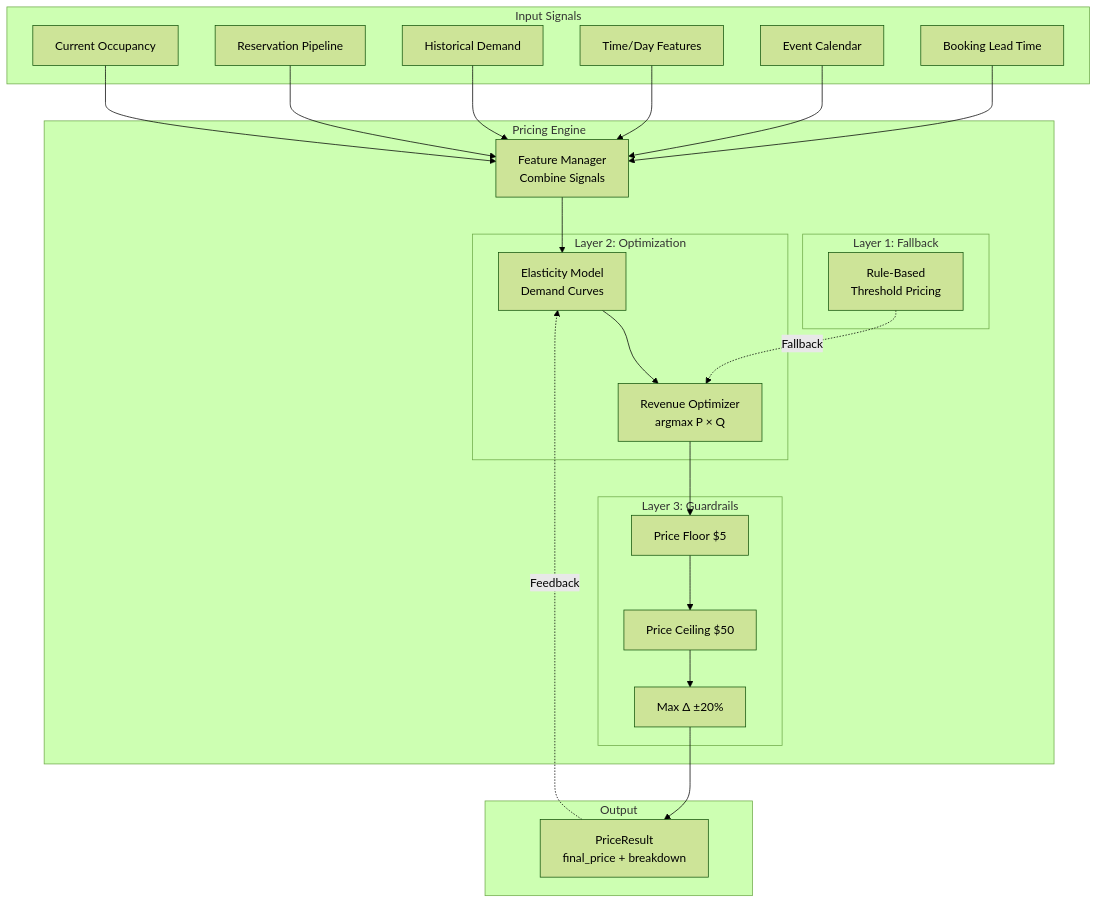
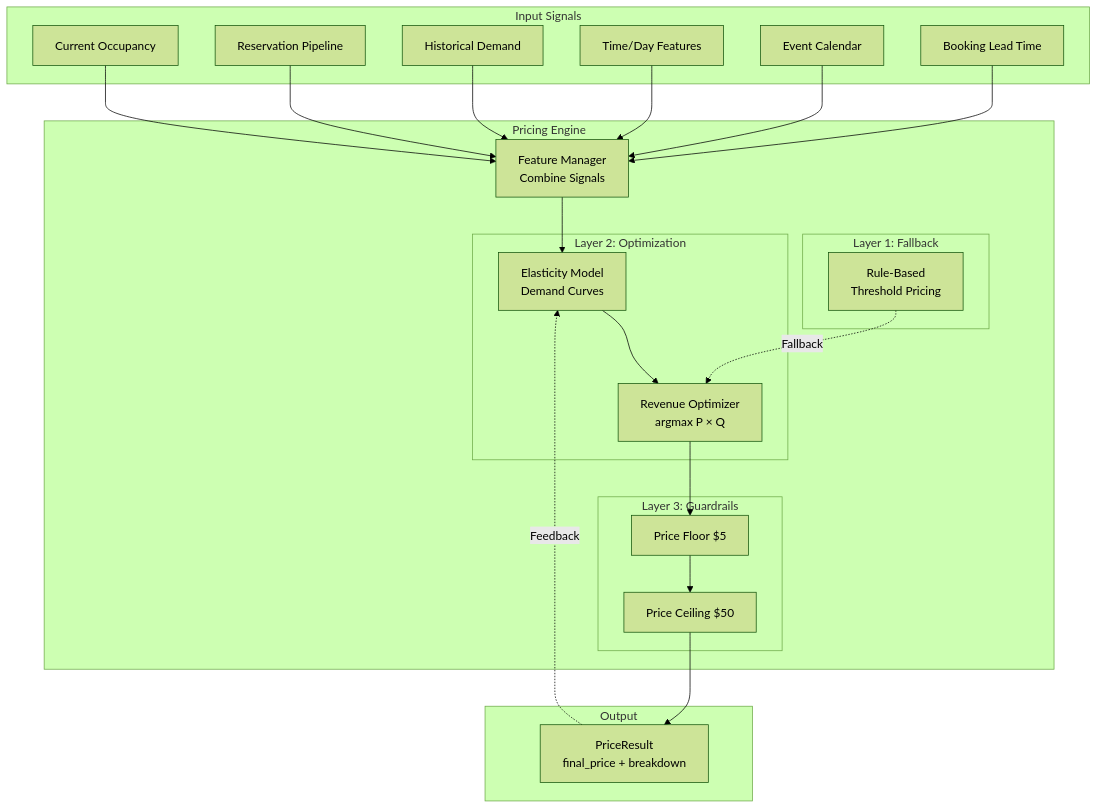
Before and after one commit to evanblasband/parking_garage: the second of 2 diagrams in prd-parking (1).md, drawn with Mermaid (forest theme). The commit also changed other lines of this file and 1 other file, not shown here.

````diff
--- a/prd-parking (1).md
+++ b/prd-parking (1).md
@@ -359,51 +362,49 @@
 ```mermaid
 flowchart TB
     subgraph Inputs["Input Signals"]
         OCC[Current Occupancy]
         RES[Reservation Pipeline]
         HIST[Historical Demand]
         TIME[Time/Day Features]
         EVT[Event Calendar]
         LEAD[Booking Lead Time]
     end
 
     subgraph PricingEngine["Pricing Engine"]
         subgraph Layer1["Layer 1: Fallback"]
             RB[Rule-Based<br/>Threshold Pricing]
         end
 
         subgraph Layer2["Layer 2: Optimization"]
             EL[Elasticity Model<br/>Demand Curves]
             OPT[Revenue Optimizer<br/>argmax P × Q]
         end
 
         subgraph Layer3["Layer 3: Guardrails"]
             FLOOR[Price Floor $5]
             CEIL[Price Ceiling $50]
-            SMOOTH[Max Δ ±20%]
         end
 
         FM[Feature Manager<br/>Combine Signals]
     end
 
     subgraph Output["Output"]
         PRICE[PriceResult<br/>final_price + breakdown]
     end
 
     OCC --> FM
     RES --> FM
     HIST --> FM
     TIME --> FM
     EVT --> FM
     LEAD --> FM
 
     FM --> EL
     EL --> OPT
     RB -.->|Fallback| OPT
     OPT --> FLOOR
     FLOOR --> CEIL
-    CEIL --> SMOOTH
-    SMOOTH --> PRICE
+    CEIL --> PRICE
 
     PRICE -.->|Feedback| EL
 ```
````
